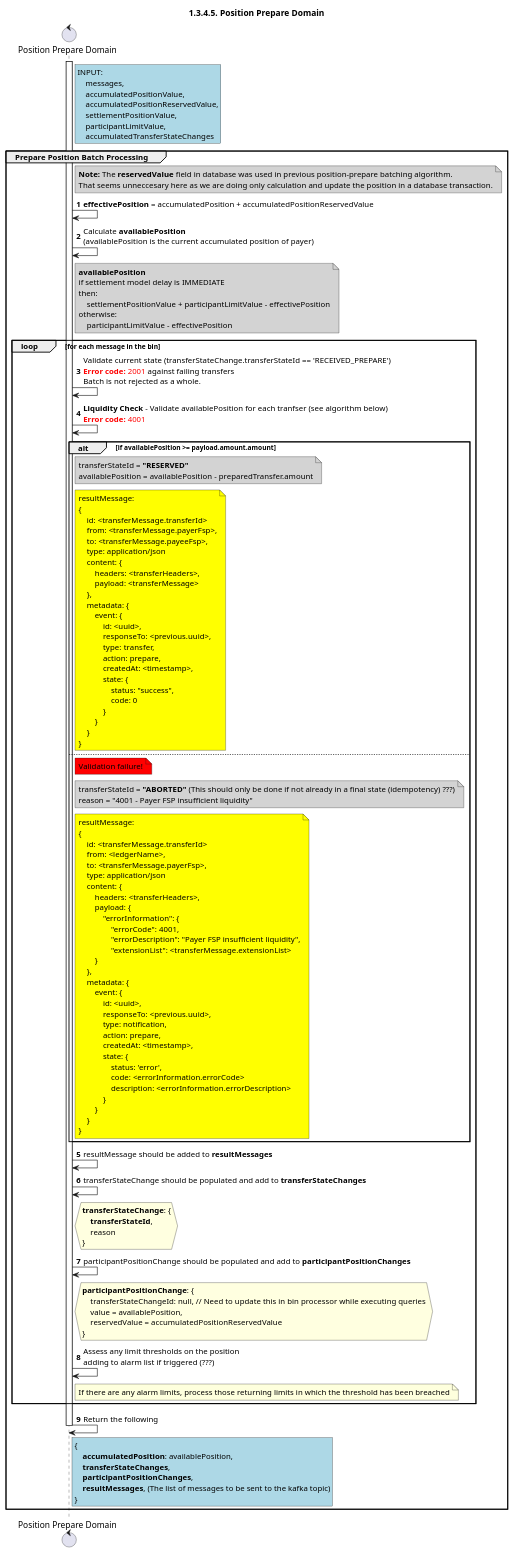
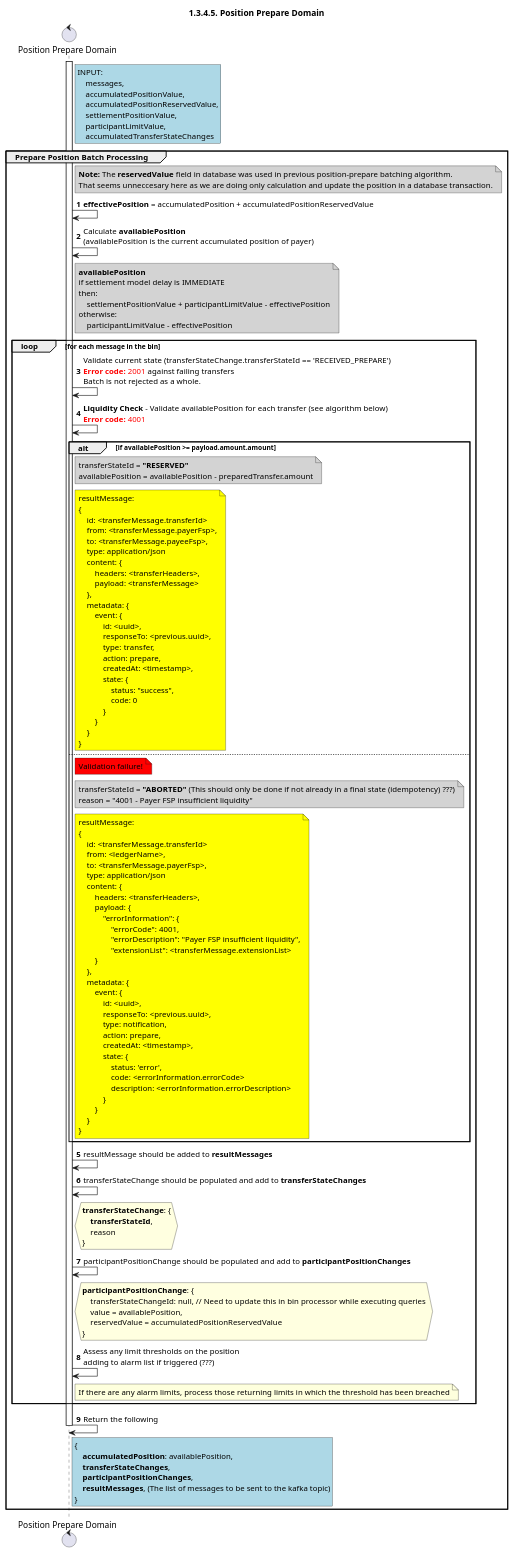
One commit to mojaloop/documentation changed the diagram in docs/technical/central-ledger/assets/diagrams/sequence/seq-position-1.3.4.5-prepare-domain.plantuml. Above: the diagram before and after it, drawn with PlantUML.

```diff
--- a/docs/technical/central-ledger/assets/diagrams/sequence/seq-position-1.3.4.5-prepare-domain.plantuml
+++ b/docs/technical/central-ledger/assets/diagrams/sequence/seq-position-1.3.4.5-prepare-domain.plantuml
@@ -28,154 +28,154 @@
 @startuml
 ' declate title
 title 1.3.4.5. Position Prepare Domain
 
 autonumber
 
 ' Actor Keys:
 '   boundary - APIs/Interfaces, etc
 '   collections - Kafka Topics
 '   control - Kafka Consumers
 '   entity - Database Access Objects
 '   database - Database Persistence Store
 
 ' declare actors
 control "Position Prepare Domain" as DOMAIN_POSITION_PREPARE
 
 ' start flow
 activate DOMAIN_POSITION_PREPARE
 rnote right of DOMAIN_POSITION_PREPARE #lightblue
     INPUT:
         messages,
         accumulatedPositionValue,
         accumulatedPositionReservedValue,
         settlementPositionValue,
         participantLimitValue,
         accumulatedTransferStateChanges
 end note
 group Prepare Position Batch Processing
     note right of DOMAIN_POSITION_PREPARE #lightgray
        **Note:** The **reservedValue** field in database was used in previous position-prepare batching algorithm.
        That seems unneccesary here as we are doing only calculation and update the position in a database transaction.
     end note
     DOMAIN_POSITION_PREPARE -> DOMAIN_POSITION_PREPARE: **effectivePosition** = accumulatedPosition + accumulatedPositionReservedValue
     DOMAIN_POSITION_PREPARE -> DOMAIN_POSITION_PREPARE: Calculate **availablePosition** \n(availablePosition is the current accumulated position of payer)
     note right of DOMAIN_POSITION_PREPARE #lightgray
         **availablePosition**
         if settlement model delay is IMMEDIATE
         then:
             settlementPositionValue + participantLimitValue - effectivePosition
         otherwise:
             participantLimitValue - effectivePosition
     end note
     loop for each message in the bin
         DOMAIN_POSITION_PREPARE -> DOMAIN_POSITION_PREPARE: Validate current state (transferStateChange.transferStateId == 'RECEIVED_PREPARE')\n<color #FF0000><b>Error code:</b> 2001</color> against failing transfers\nBatch is not rejected as a whole.
-        DOMAIN_POSITION_PREPARE -> DOMAIN_POSITION_PREPARE: **Liquidity Check** - Validate availablePosition for each tranfser (see algorithm below)\n<color #FF0000><b>Error code:</b> 4001</color>
+        DOMAIN_POSITION_PREPARE -> DOMAIN_POSITION_PREPARE: **Liquidity Check** - Validate availablePosition for each transfer (see algorithm below)\n<color #FF0000><b>Error code:</b> 4001</color>
 
         alt if availablePosition >= payload.amount.amount
             note right of DOMAIN_POSITION_PREPARE #lightgray
                 transferStateId = **"RESERVED"**
                 availablePosition = availablePosition - preparedTransfer.amount
             end note
             note right of DOMAIN_POSITION_PREPARE #yellow
                 resultMessage:
                 {
                     id: <transferMessage.transferId>
                     from: <transferMessage.payerFsp>,
                     to: <transferMessage.payeeFsp>,
                     type: application/json
                     content: {
                         headers: <transferHeaders>,
                         payload: <transferMessage>
                     },
                     metadata: {
                         event: {
                             id: <uuid>,
                             responseTo: <previous.uuid>,
                             type: transfer,
                             action: prepare,
                             createdAt: <timestamp>,
                             state: {
                                 status: "success",
                                 code: 0
                             }
                         }
                     }
                 }
             end note
         else
             note right of DOMAIN_POSITION_PREPARE #red: Validation failure!
             note right of DOMAIN_POSITION_PREPARE #lightgray
                 transferStateId = **"ABORTED"** (This should only be done if not already in a final state (idempotency) ???)
                 reason = "4001 - Payer FSP insufficient liquidity"
             end note
             note right of DOMAIN_POSITION_PREPARE #yellow
                 resultMessage:
                 {
                     id: <transferMessage.transferId>
                     from: <ledgerName>,
                     to: <transferMessage.payerFsp>,
                     type: application/json
                     content: {
                         headers: <transferHeaders>,
                         payload: {
                             "errorInformation": {
                                 "errorCode": 4001,
                                 "errorDescription": "Payer FSP insufficient liquidity",
                                 "extensionList": <transferMessage.extensionList>
                         }
                     },
                     metadata: {
                         event: {
                             id: <uuid>,
                             responseTo: <previous.uuid>,
                             type: notification,
                             action: prepare,
                             createdAt: <timestamp>,
                             state: {
                                 status: 'error',
                                 code: <errorInformation.errorCode>
                                 description: <errorInformation.errorDescription>
                             }
                         }
                     }
                 }
             end note
         end
         DOMAIN_POSITION_PREPARE -> DOMAIN_POSITION_PREPARE: resultMessage should be added to **resultMessages**
         DOMAIN_POSITION_PREPARE -> DOMAIN_POSITION_PREPARE: transferStateChange should be populated and add to **transferStateChanges**
         hnote right of DOMAIN_POSITION_PREPARE #lightyellow
             **transferStateChange**: {
                 **transferStateId**,
                 reason
             }
         end note
         DOMAIN_POSITION_PREPARE -> DOMAIN_POSITION_PREPARE: participantPositionChange should be populated and add to **participantPositionChanges**
         hnote right of DOMAIN_POSITION_PREPARE #lightyellow
             **participantPositionChange**: {
                 transferStateChangeId: null, // Need to update this in bin processor while executing queries
                 value = availablePosition,
                 reservedValue = accumulatedPositionReservedValue
             }
         end note
 
         DOMAIN_POSITION_PREPARE->DOMAIN_POSITION_PREPARE: Assess any limit thresholds on the position\nadding to alarm list if triggered (???)
         note right of DOMAIN_POSITION_PREPARE
             If there are any alarm limits, process those returning limits in which the threshold has been breached
         end note
         
     end
 
     DOMAIN_POSITION_PREPARE -> DOMAIN_POSITION_PREPARE: Return the following
     rnote right of DOMAIN_POSITION_PREPARE #lightblue
     {
         **accumulatedPosition**: availablePosition,
         **transferStateChanges**,
         **participantPositionChanges**,
         **resultMessages**, (The list of messages to be sent to the kafka topic)
     }
     end note
     deactivate DOMAIN_POSITION_PREPARE
 
 end
 
 @enduml
```
